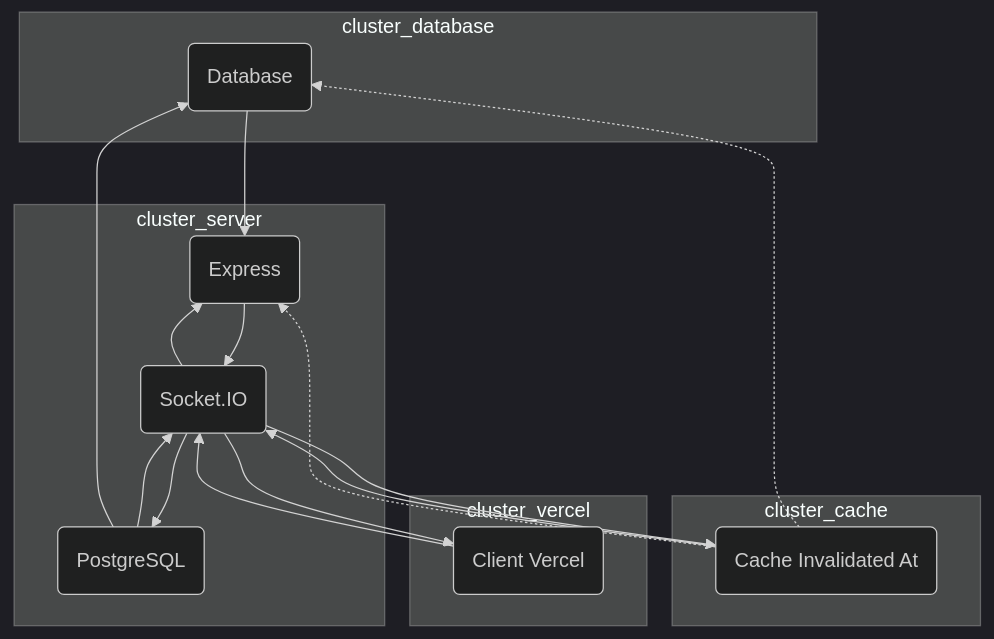
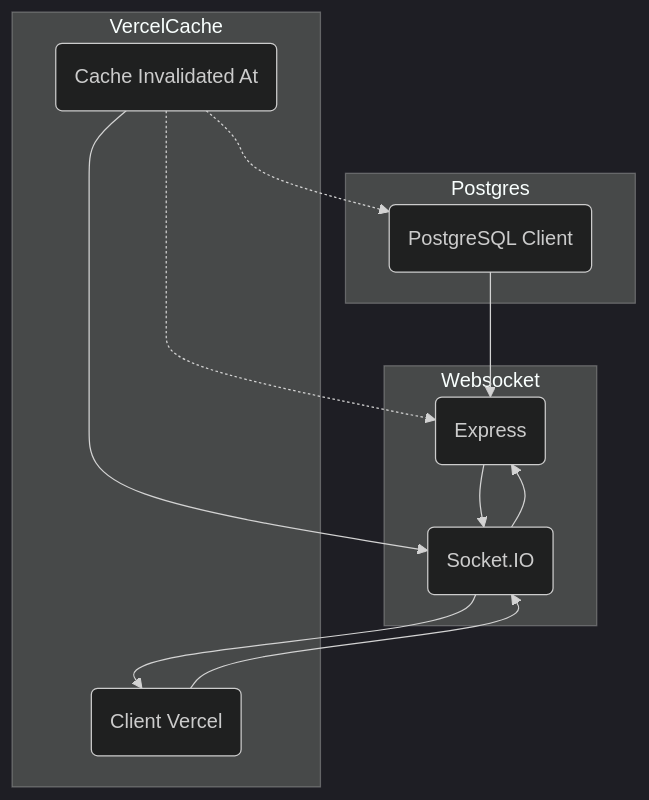
One commit to LuigiClemente/cube_zammad changed the diagram in postgres_caching_vercel.md. Above: the diagram before and after it, drawn with Mermaid (dark theme). The commit also changed other lines of this file, not shown here.

````diff
--- a/postgres_caching_vercel.md
+++ b/postgres_caching_vercel.md
@@ -1,37 +1,28 @@
 ```mermaid
 flowchart TD
 
-subgraph cluster_database
-  database(Database)
+subgraph Postgres
+  pgClient(PostgreSQL Client)
 end
 
-subgraph cluster_server
+subgraph Websocket
   express(Express)
   socketIo(Socket.IO)
-  pgClient(PostgreSQL)
 end
 
-subgraph cluster_vercel
+subgraph VercelCache
   clientVercel(Client Vercel)
-end
-
-subgraph cluster_cache
   cacheInvalidatedAt(Cache Invalidated At)
 end
 
-database --> express
+pgClient --> express
 express --> socketIo
-socketIo --> pgClient
-pgClient --> socketIo
 socketIo --> express
-pgClient --> database
+socketIo --> clientVercel
 
 clientVercel --> socketIo
-socketIo --> clientVercel
 
 cacheInvalidatedAt --> socketIo
-socketIo --> cacheInvalidatedAt
-
 cacheInvalidatedAt -.-> express
-cacheInvalidatedAt -.-> database
+cacheInvalidatedAt -.-> pgClient
 ```
````
